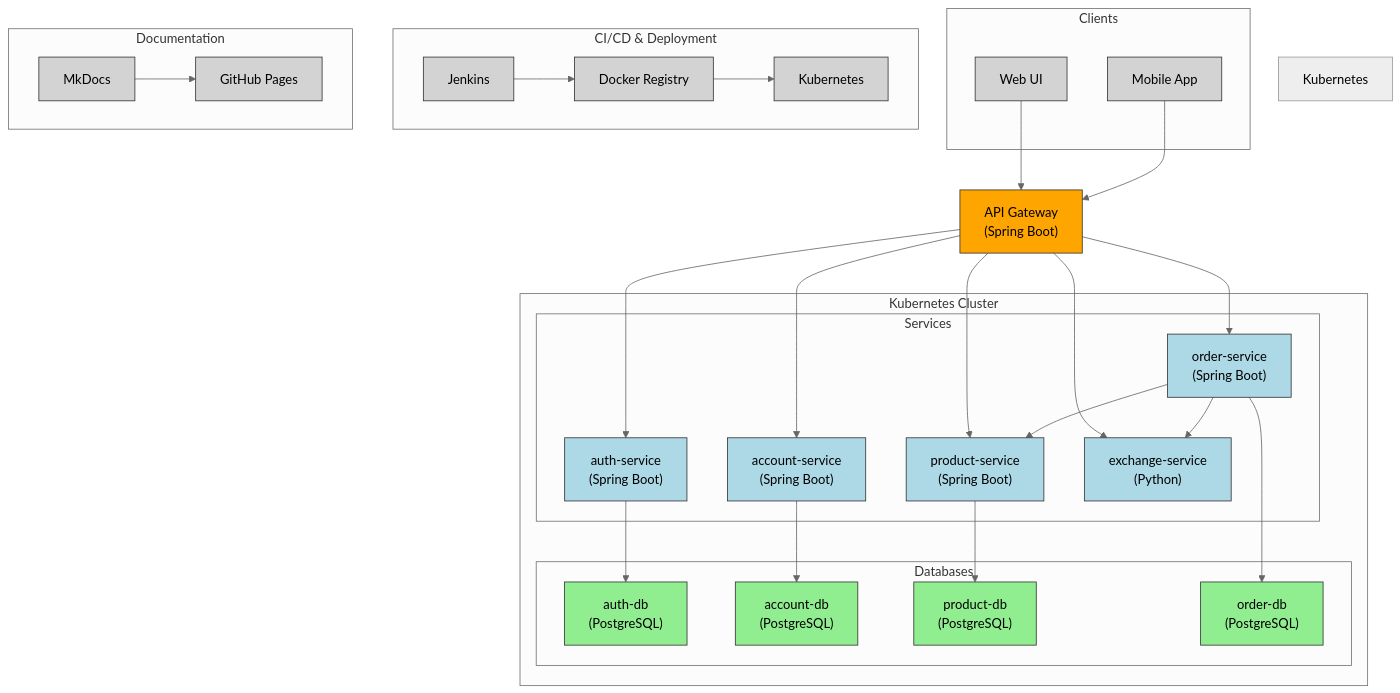
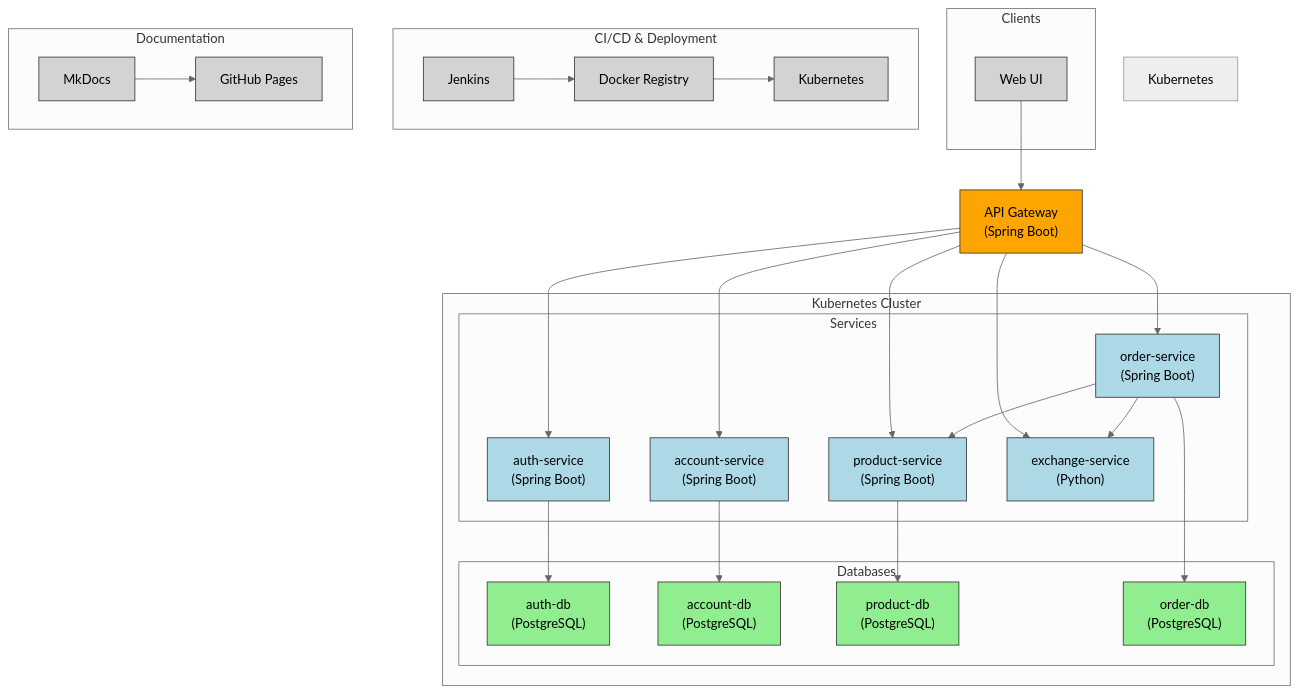
Before and after one commit to Gubscruz/platform: the diagram in docs/index.md, drawn with Mermaid (neutral theme). The commit also changed other lines of this file and 1 other file, not shown here.

````diff
--- a/docs/index.md
+++ b/docs/index.md
@@ -1,72 +39,70 @@
 ```mermaid
 flowchart TB
     subgraph "Clients"
         Web["Web UI"]:::external
-        Mobile["Mobile App"]:::external
     end
 
     Web --> Gateway
-    Mobile --> Gateway
 
     Gateway["API Gateway\n(Spring Boot)"]:::gateway
 
     subgraph "Kubernetes Cluster"
         style Kubernetes Cluster stroke-dasharray: 5 5
         subgraph "Services"
             Auth["auth-service\n(Spring Boot)"]:::service
             Account["account-service\n(Spring Boot)"]:::service
             Product["product-service\n(Spring Boot)"]:::service
             Order["order-service\n(Spring Boot)"]:::service
             Exchange["exchange-service\n(Python)"]:::service
         end
         subgraph "Databases"
             AuthDB["auth-db\n(PostgreSQL)"]:::db
             AccountDB["account-db\n(PostgreSQL)"]:::db
             ProductDB["product-db\n(PostgreSQL)"]:::db
             OrderDB["order-db\n(PostgreSQL)"]:::db
         end
     end
 
     Gateway --> Auth
     Gateway --> Account
     Gateway --> Product
     Gateway --> Order
     Gateway --> Exchange
 
     Auth --> AuthDB
     Account --> AccountDB
     Product --> ProductDB
     Order --> OrderDB
 
     Order --> Product
     Order --> Exchange
 
     subgraph "CI/CD & Deployment"
         Jenkins["Jenkins"]:::external
         Registry["Docker Registry"]:::external
         K8s["Kubernetes"]:::external
         Jenkins --> Registry
         Registry --> K8s
     end
 
     subgraph "Documentation"
         MkDocs["MkDocs"]:::external
         GHPages["GitHub Pages"]:::external
         MkDocs --> GHPages
     end
 
     click Gateway "https://github.com/gubscruz/platform/tree/main/api/gateway-service"
     click Auth "https://github.com/gubscruz/platform/tree/main/api/auth-service"
     click Account "https://github.com/gubscruz/platform/tree/main/api/account-service"
     click Product "https://github.com/gubscruz/platform/tree/main/api/product-service"
     click Order "https://github.com/gubscruz/platform/tree/main/api/order-service"
     click Exchange "https://github.com/gubscruz/platform/tree/main/api/exchange-service"
     click Jenkins "https://github.com/gubscruz/platform/blob/main/jenkins/compose.yaml"
     click MkDocs "https://github.com/gubscruz/platform/blob/main/mkdocs.yml"
     click GHPages "https://github.com/gubscruz/platform/tree/main/docs/"
 
     classDef gateway fill:#FFA500,stroke:#333,stroke-width:1px;
     classDef service fill:#ADD8E6,stroke:#333,stroke-width:1px;
     classDef db fill:#90EE90,stroke:#333,stroke-width:1px;
     classDef external fill:#D3D3D3,stroke:#333,stroke-width:1px;
 ```
````
